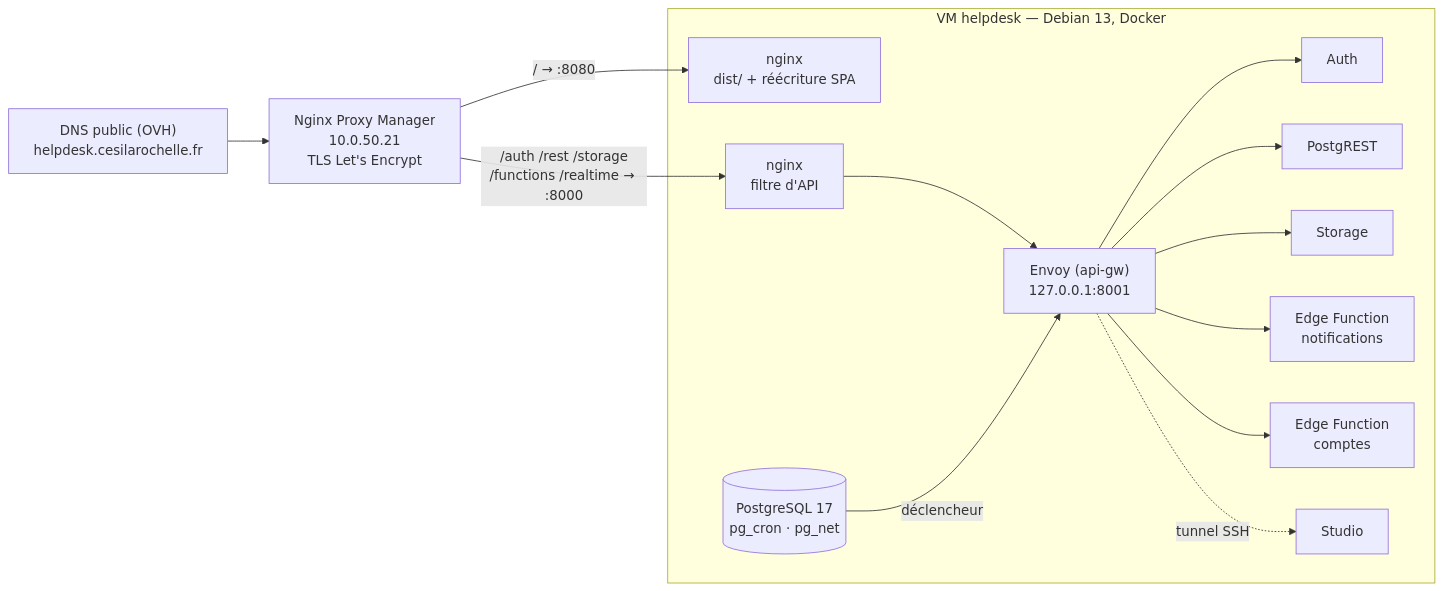
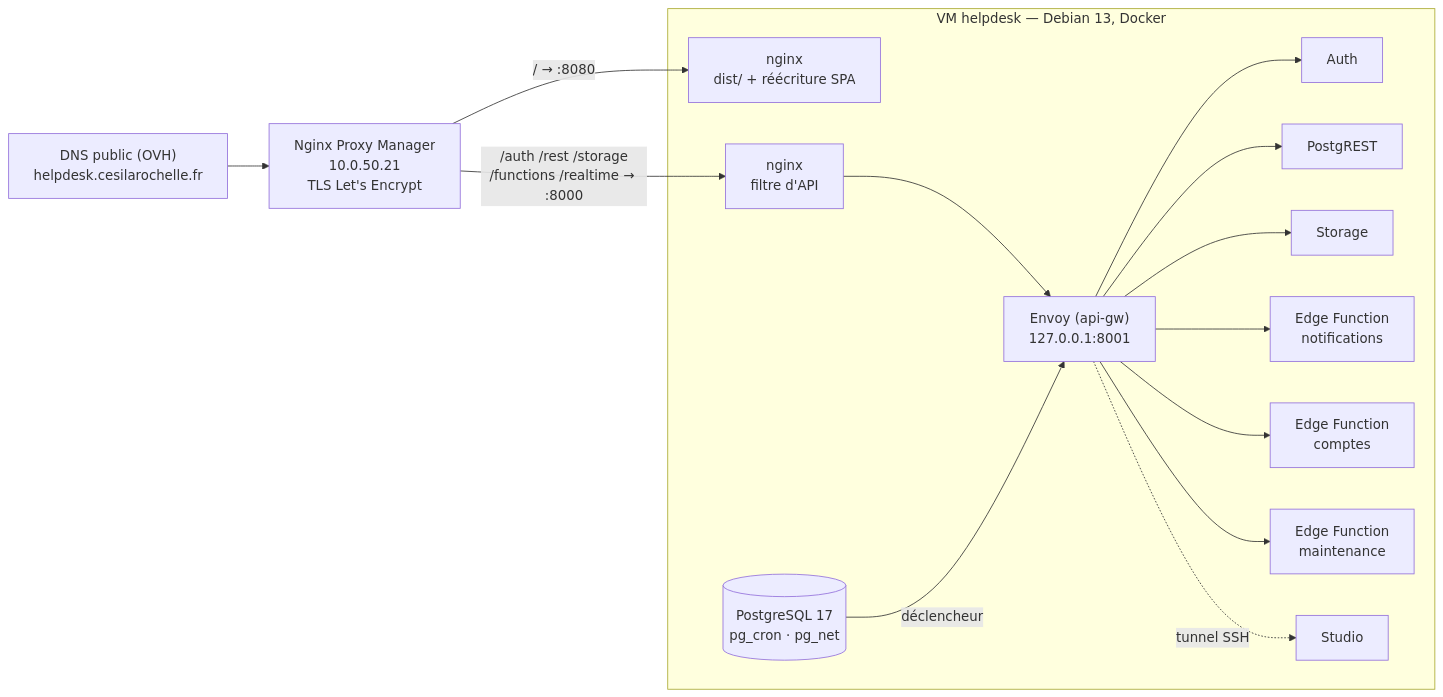
One commit to Orionis312050/cesihelpdesk changed the diagram in docs/07-autohebergement.md. Above: the diagram before and after it, drawn with Mermaid. The commit also changed other lines of this file and 25 other files, not shown here.

````diff
--- a/docs/07-autohebergement.md
+++ b/docs/07-autohebergement.md
@@ -20,17 +20,18 @@
 ```mermaid
 flowchart LR
     DNS["DNS public (OVH)<br/>helpdesk.cesilarochelle.fr"] --> NPM["Nginx Proxy Manager<br/>10.0.50.21<br/>TLS Let's Encrypt"]
     NPM -->|"/  → :8080"| WEB["nginx<br/>dist/ + réécriture SPA"]
     NPM -->|"/auth /rest /storage<br/>/functions /realtime → :8000"| FILTRE["nginx<br/>filtre d'API"]
     subgraph VM["VM helpdesk — Debian 13, Docker"]
         WEB
         FILTRE --> GW["Envoy (api-gw)<br/>127.0.0.1:8001"]
         GW --> AUTH["Auth"]
         GW --> REST["PostgREST"]
         GW --> ST["Storage"]
         GW --> EF["Edge Function<br/>notifications"]
         GW --> EFC["Edge Function<br/>comptes"]
+        GW --> EFM["Edge Function<br/>maintenance"]
         GW -.->|"tunnel SSH"| STUDIO["Studio"]
         DB[("PostgreSQL 17<br/>pg_cron · pg_net")] -->|"déclencheur"| GW
     end
 ```
````
